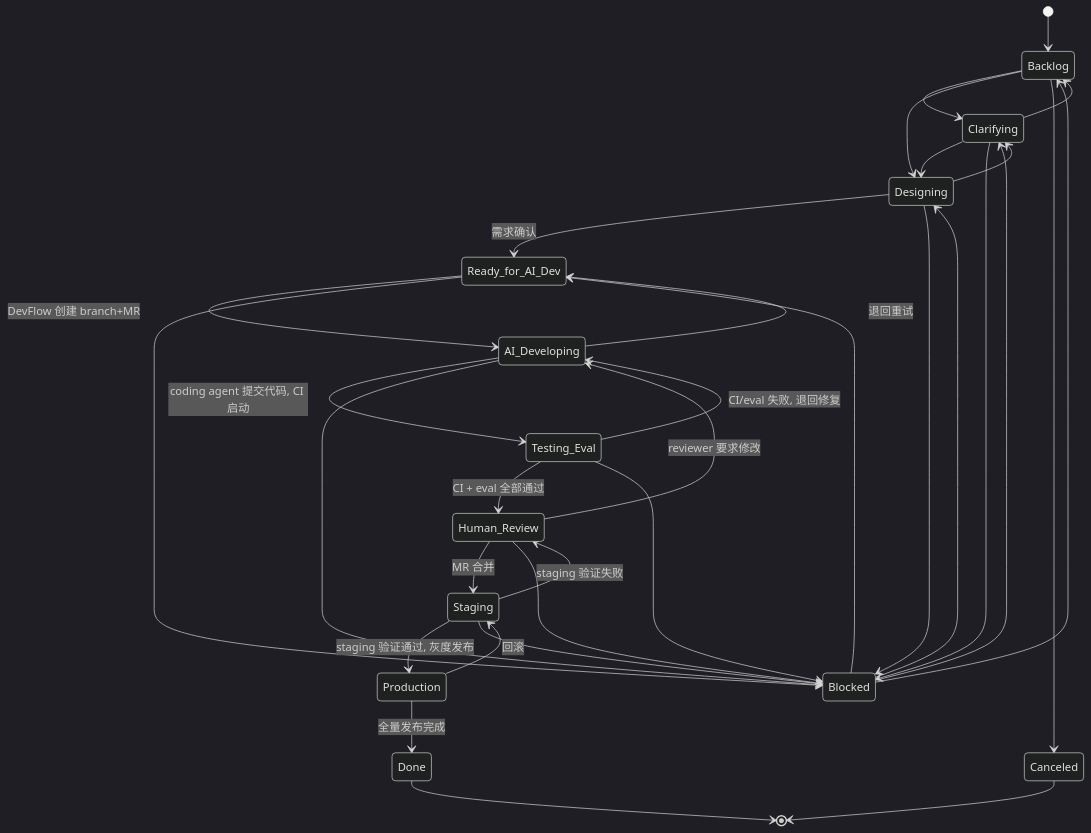
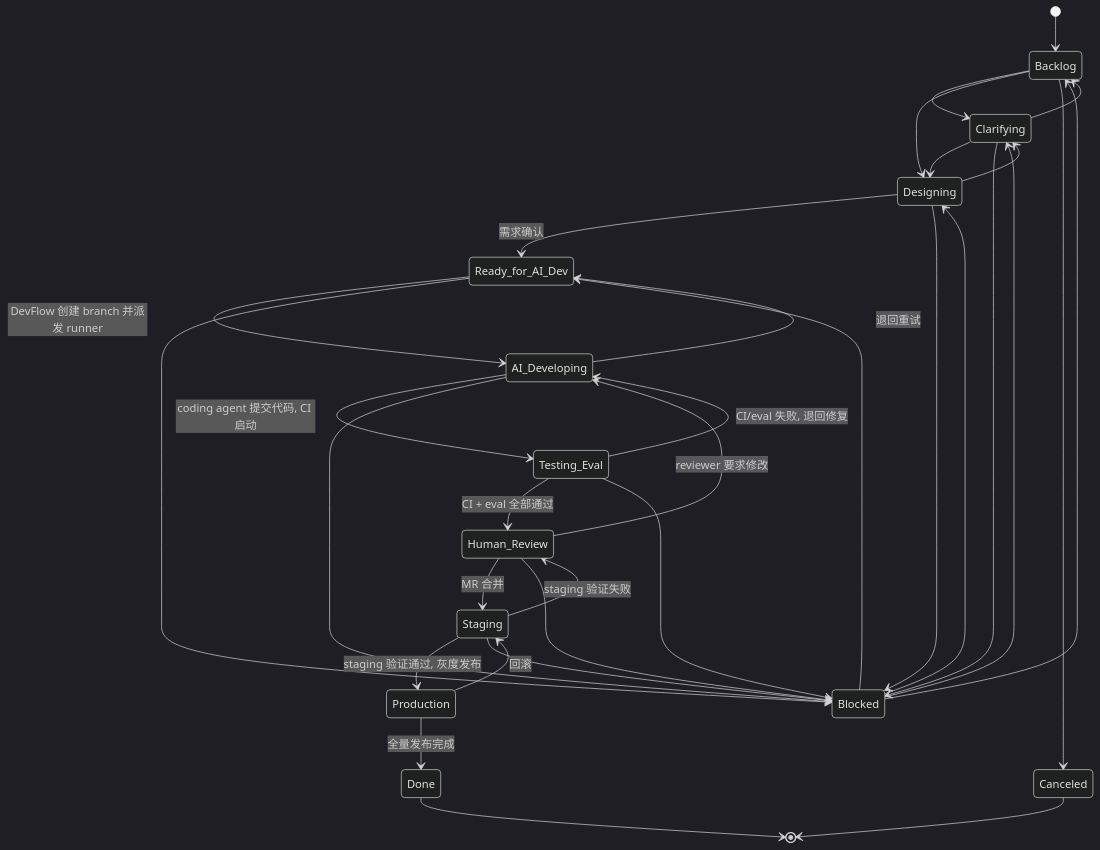
One commit to agent-loom/loom changed the diagram in docs/04-devflow/devflow-state-sync-design.md. Above: the diagram before and after it, drawn with Mermaid (dark theme). The commit also changed other lines of this file and 5 other files, not shown here.

First line of the commit message:
docs: 对齐 DevFlow 与 Hermes 设计状态

````diff
--- a/docs/04-devflow/devflow-state-sync-design.md
+++ b/docs/04-devflow/devflow-state-sync-design.md
@@ -67,35 +68,35 @@
 ```mermaid
 stateDiagram-v2
     [*] --> Backlog
     Backlog --> Clarifying
     Backlog --> Designing
     Backlog --> Canceled
     Clarifying --> Designing
     Clarifying --> Backlog
     Clarifying --> Blocked
     Designing --> Ready_for_AI_Dev : 需求确认
     Designing --> Clarifying
     Designing --> Blocked
-    Ready_for_AI_Dev --> AI_Developing : DevFlow 创建 branch+MR
+    Ready_for_AI_Dev --> AI_Developing : DevFlow 创建 branch 并派发 runner
     Ready_for_AI_Dev --> Blocked
     AI_Developing --> Testing_Eval : coding agent 提交代码, CI 启动
     AI_Developing --> Blocked
     AI_Developing --> Ready_for_AI_Dev : 退回重试
     Testing_Eval --> Human_Review : CI + eval 全部通过
     Testing_Eval --> AI_Developing : CI/eval 失败, 退回修复
     Testing_Eval --> Blocked
     Human_Review --> Staging : MR 合并
     Human_Review --> AI_Developing : reviewer 要求修改
     Human_Review --> Blocked
     Staging --> Production : staging 验证通过, 灰度发布
     Staging --> Human_Review : staging 验证失败
     Staging --> Blocked
     Production --> Done : 全量发布完成
     Production --> Staging : 回滚
     Blocked --> Backlog
     Blocked --> Clarifying
     Blocked --> Designing
     Blocked --> Ready_for_AI_Dev
     Canceled --> [*]
     Done --> [*]
 ```
````
